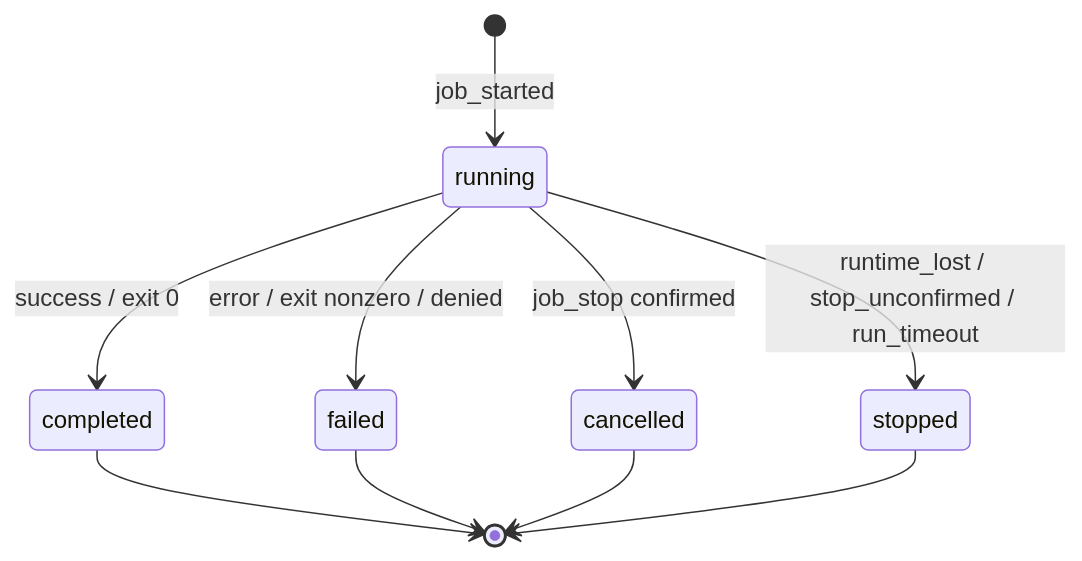
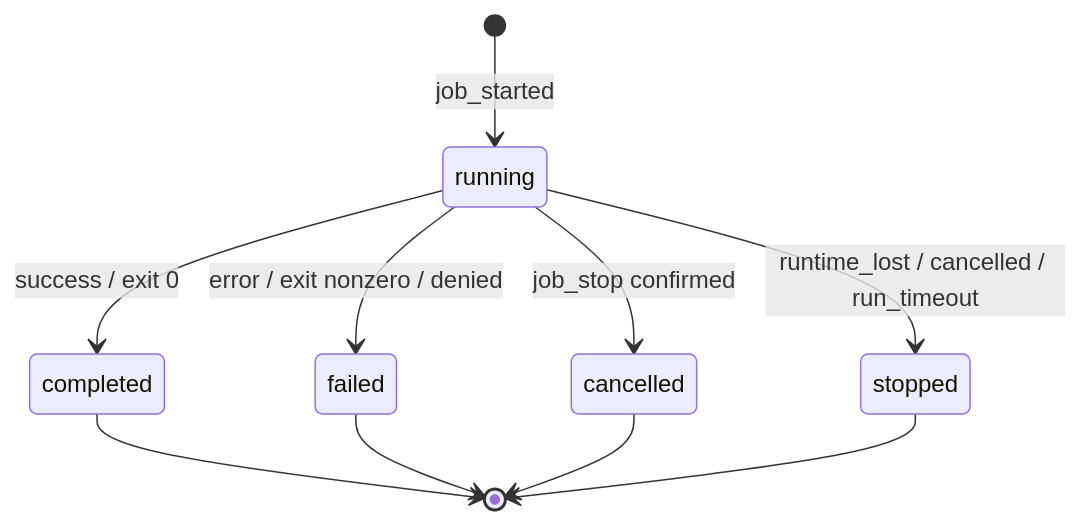
Before and after one commit to prime-radiant-inc/evener: the first of 7 diagrams in docs/job-control.md, drawn with Mermaid. The commit also changed other lines of this file and 3 other files, not shown here.

````diff
--- a/docs/job-control.md
+++ b/docs/job-control.md
@@ -229,12 +228,12 @@
 ```mermaid
 stateDiagram-v2
     [*] --> running: job_started
     running --> completed: success / exit 0
     running --> failed: error / exit nonzero / denied
     running --> cancelled: job_stop confirmed
-    running --> stopped: runtime_lost / stop_unconfirmed / run_timeout
+    running --> stopped: runtime_lost / cancelled / run_timeout
     completed --> [*]
     failed --> [*]
     cancelled --> [*]
     stopped --> [*]
 ```
````
